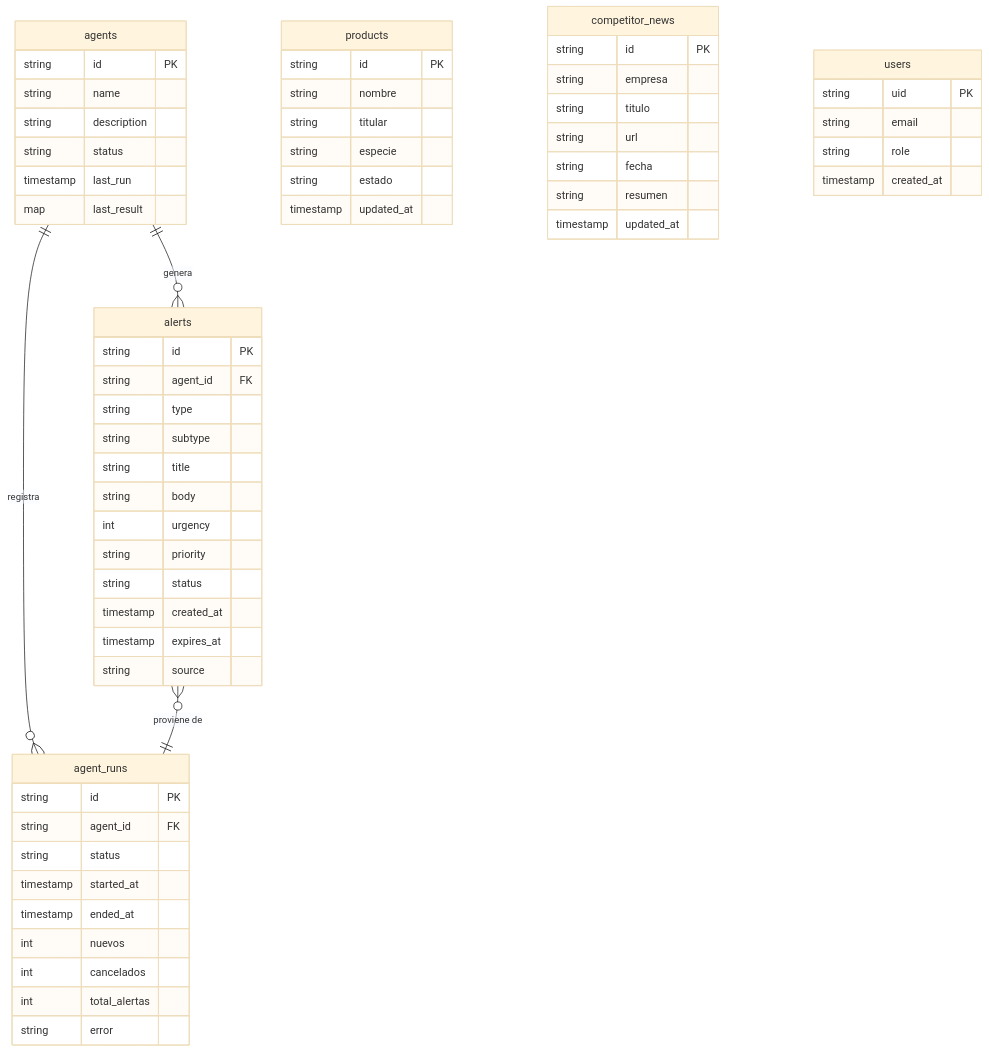
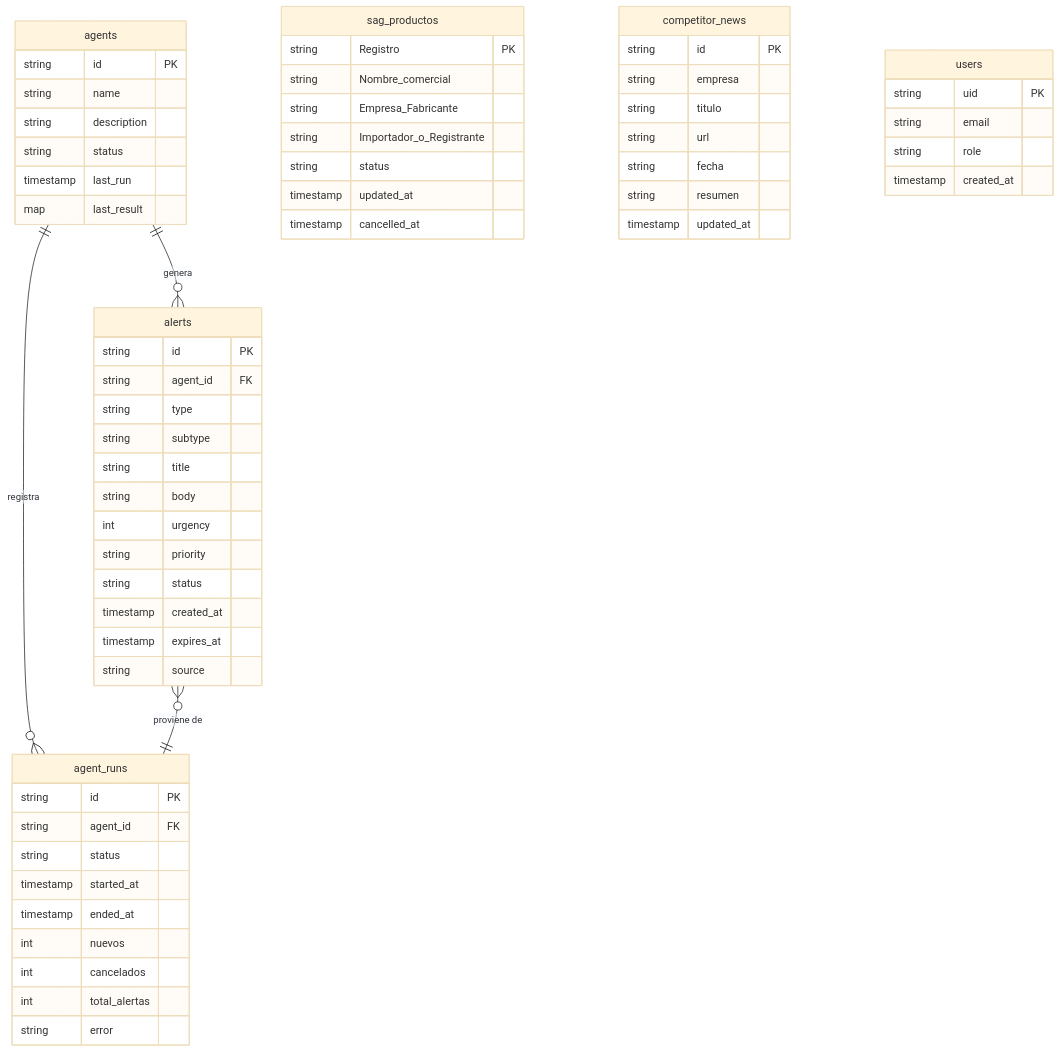
Before and after one commit to M4UR1C1O0/Enci-intel-proyect: the fourth of 4 diagrams in ARCHITECTURE.md, drawn with Mermaid (base theme). The commit also changed other lines of this file and 22 other files, not shown here.

````diff
--- a/ARCHITECTURE.md
+++ b/ARCHITECTURE.md
@@ -326,68 +317,69 @@
 ```mermaid
 erDiagram
     agents {
         string id PK
         string name
         string description
         string status
         timestamp last_run
         map last_result
     }
 
     agent_runs {
         string id PK
         string agent_id FK
         string status
         timestamp started_at
         timestamp ended_at
         int nuevos
         int cancelados
         int total_alertas
         string error
     }
 
     alerts {
         string id PK
         string agent_id FK
         string type
         string subtype
         string title
         string body
         int urgency
         string priority
         string status
         timestamp created_at
         timestamp expires_at
         string source
     }
 
-    products {
-        string id PK
-        string nombre
-        string titular
-        string especie
-        string estado
+    sag_productos {
+        string Registro PK
+        string Nombre_comercial
+        string Empresa_Fabricante
+        string Importador_o_Registrante
+        string status
         timestamp updated_at
+        timestamp cancelled_at
     }
 
     competitor_news {
         string id PK
         string empresa
         string titulo
         string url
         string fecha
         string resumen
         timestamp updated_at
     }
 
     users {
         string uid PK
         string email
         string role
         timestamp created_at
     }
 
     agents ||--o{ agent_runs : "registra"
     agents ||--o{ alerts : "genera"
     alerts }o--|| agent_runs : "proviene de"
 ```
````
